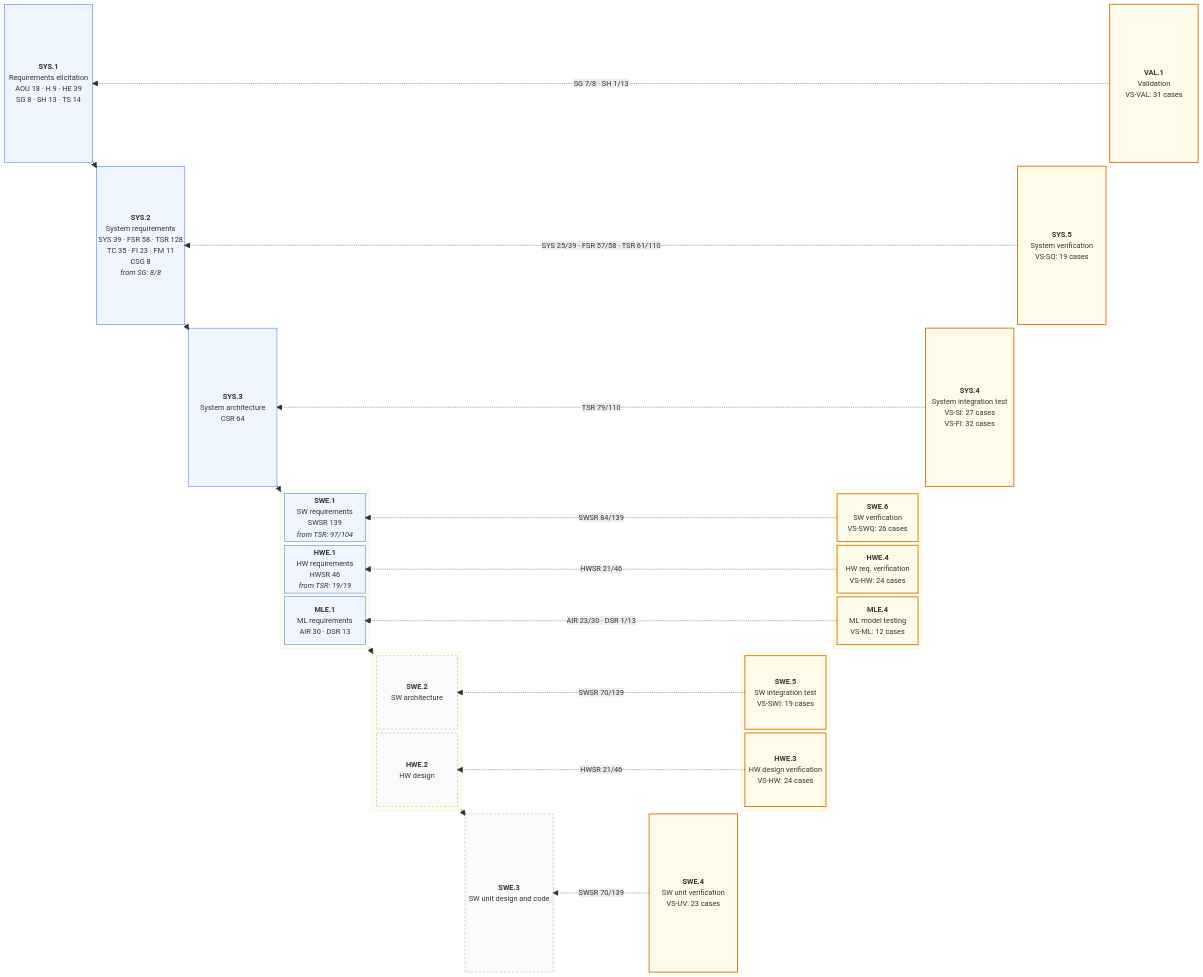
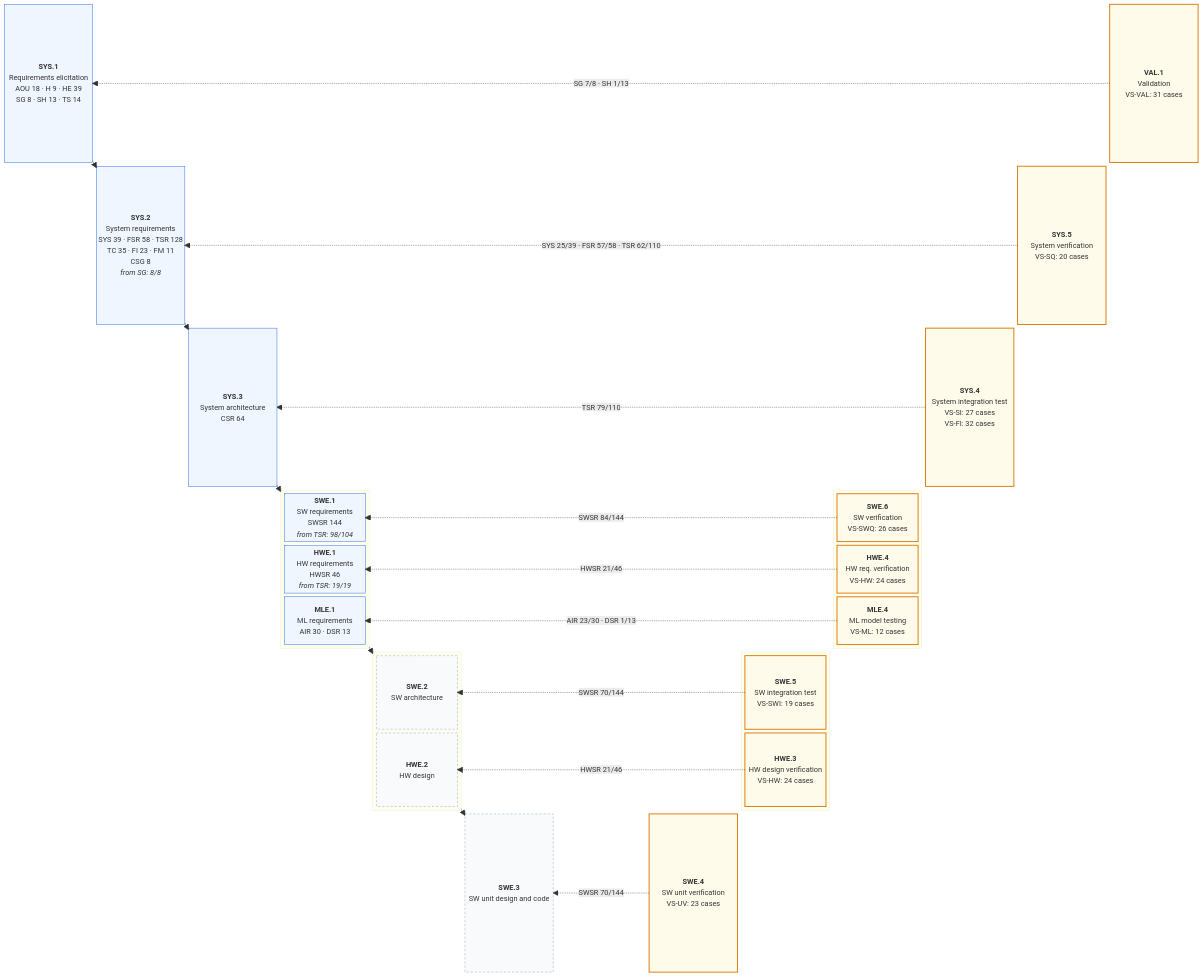
The first of 2 diagrams in assurance/trace/maps/aspice-trace-map.md (jherrodthomas/LionDriver), drawn with Mermaid before and after one commit. The commit also changed other lines of this file and 170 other files, not shown here.

```diff
--- a/assurance/trace/maps/aspice-trace-map.md
+++ b/assurance/trace/maps/aspice-trace-map.md
@@ -46,7 +46,7 @@
   space
   space
   space
-  SYS5["<b>SYS.5</b><br/>System verification<br/>VS-SQ: 19 cases"]
+  SYS5["<b>SYS.5</b><br/>System verification<br/>VS-SQ: 20 cases"]
   space
   space
   space
@@ -66,7 +66,7 @@
   space
   block:L3
     columns 1
-    SWE1["<b>SWE.1</b><br/>SW requirements<br/>SWSR 139<br/><i>from TSR: 97/104</i>"]
+    SWE1["<b>SWE.1</b><br/>SW requirements<br/>SWSR 144<br/><i>from TSR: 98/104</i>"]
     HWE1["<b>HWE.1</b><br/>HW requirements<br/>HWSR 46<br/><i>from TSR: 19/19</i>"]
     MLE1["<b>MLE.1</b><br/>ML requirements<br/>AIR 30 · DSR 13"]
   end
@@ -124,14 +124,14 @@
   L3 --> L4
   L4 --> SWE3
   VAL1 -. "SG 7/8 · SH 1/13" .-> SYS1
-  SYS5 -. "SYS 25/39 · FSR 57/58 · TSR 61/110" .-> SYS2
+  SYS5 -. "SYS 25/39 · FSR 57/58 · TSR 62/110" .-> SYS2
   SYS4 -. "TSR 79/110" .-> SYS3
-  SWE6 -. "SWSR 84/139" .-> SWE1
+  SWE6 -. "SWSR 84/144" .-> SWE1
   HWE4 -. "HWSR 21/46" .-> HWE1
   MLE4 -. "AIR 23/30 · DSR 1/13" .-> MLE1
-  SWE5 -. "SWSR 70/139" .-> SWE2
+  SWE5 -. "SWSR 70/144" .-> SWE2
   HWE3 -. "HWSR 21/46" .-> HWE2
-  SWE4 -. "SWSR 70/139" .-> SWE3
+  SWE4 -. "SWSR 70/144" .-> SWE3
   style VAL1 fill:#FFFBEB,stroke:#D97706,stroke-width:2px
   style SYS5 fill:#FFFBEB,stroke:#D97706,stroke-width:2px
   style SYS4 fill:#FFFBEB,stroke:#D97706,stroke-width:2px
```
